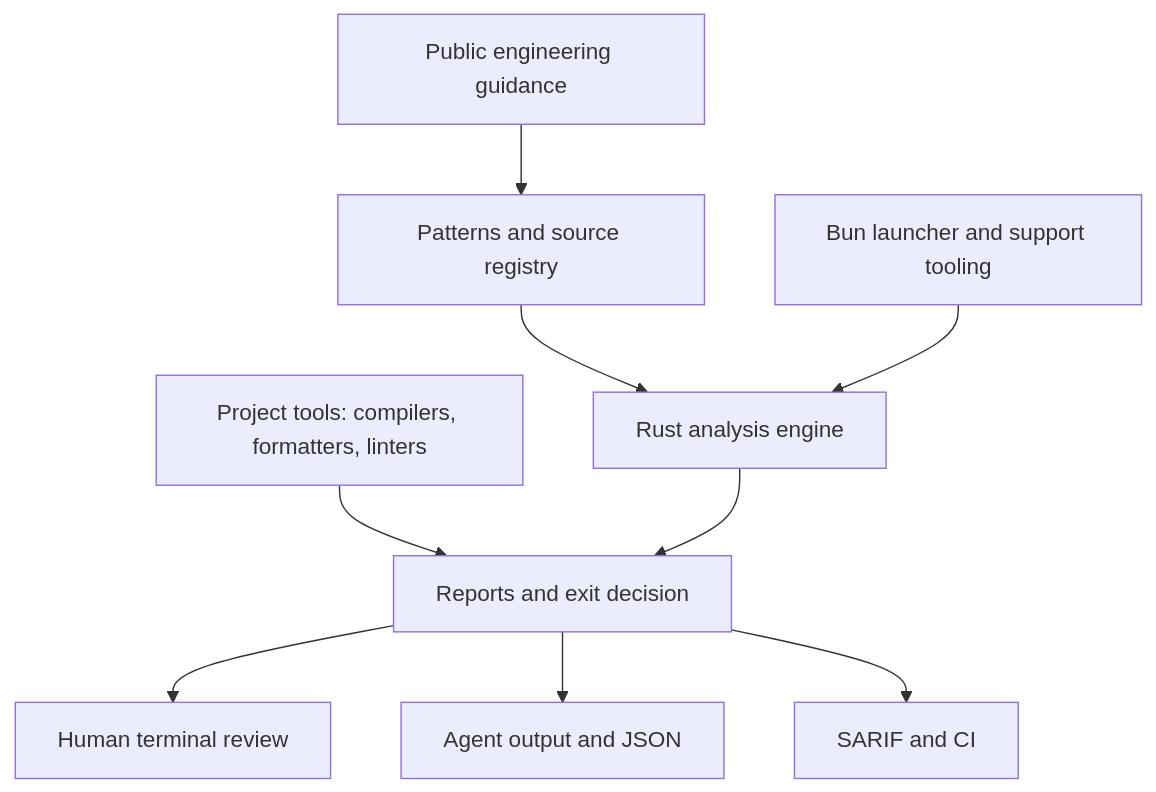
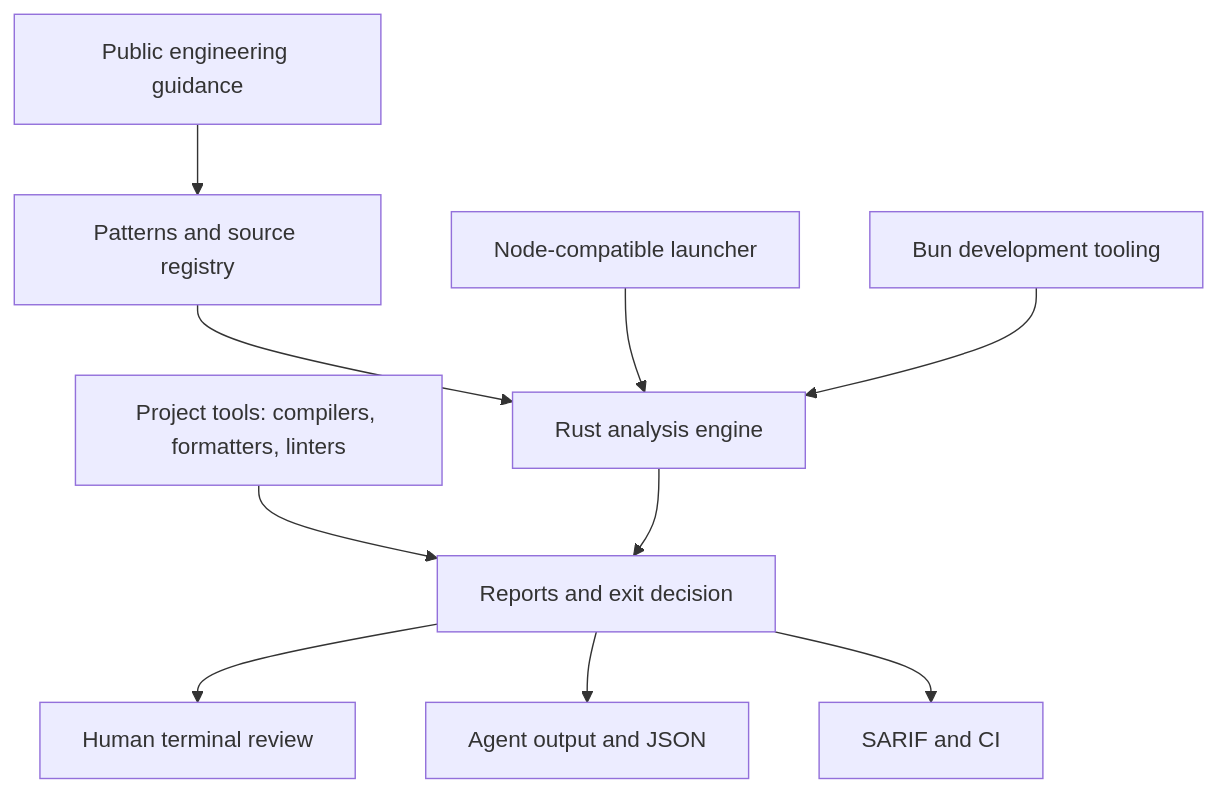
The diagram in README.md (sayanmohsin/nice-code), drawn with Mermaid before and after one commit. The commit also changed other lines of this file and 30 other files, not shown here.

Commit message:
chore: migrate support tooling to mts and node launcher

````diff
--- a/README.md
+++ b/README.md
@@ -42,11 +42,12 @@
 ```mermaid
 flowchart TD
     Sources[Public engineering guidance] --> Patterns[Patterns and source registry]
     Patterns --> Rust[Rust analysis engine]
     Native[Project tools: compilers, formatters, linters] --> Reports[Reports and exit decision]
     Rust --> Reports
-    Bun[Bun launcher and support tooling] --> Rust
+    Launcher[Node-compatible launcher] --> Rust
+    Bun[Bun development tooling] --> Rust
     Reports --> Human[Human terminal review]
     Reports --> Agent[Agent output and JSON]
     Reports --> CI[SARIF and CI]
 ```
````
